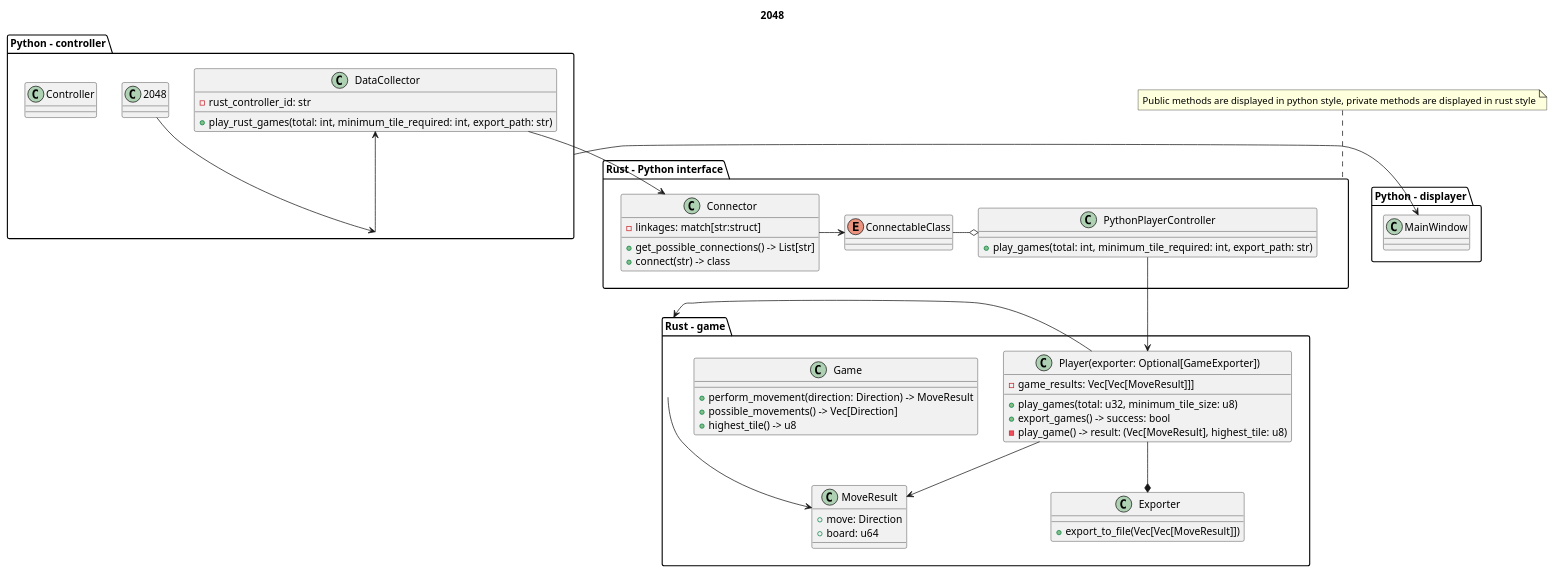
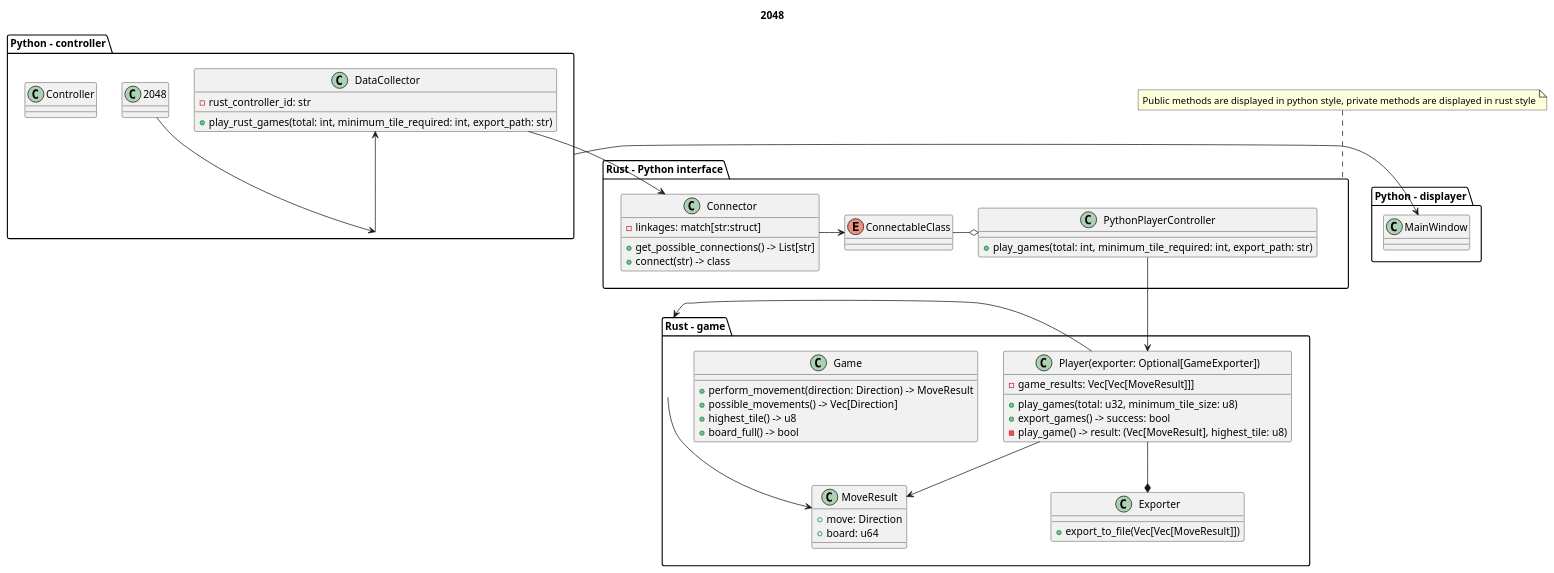
One commit to LuukHenk/2048-Solver changed the diagram in docs/design.puml. Above: the diagram before and after it, drawn with PlantUML. The commit also changed 18 other files, not shown here.

Commit message:
added empty player + added board_full function to the game

```diff
--- a/docs/design.puml
+++ b/docs/design.puml
@@ -1,79 +1,80 @@
 @startuml 2048
 
 title 2048
 
 package rust_game as "Rust - game" {
 
     class rust_move_result as "MoveResult" {
         + move: Direction
         + board: u64
     }
     class rust_player as "Player(exporter: Optional[GameExporter])" {
         + play_games(total: u32, minimum_tile_size: u8)
         + export_games() -> success: bool
         - play_game() -> result: (Vec[MoveResult], highest_tile: u8)
         - game_results: Vec[Vec[MoveResult]]]
     }
     class rust_game as "Game" {
         + perform_movement(direction: Direction) -> MoveResult
         + possible_movements() -> Vec[Direction]
         + highest_tile() -> u8
+        + board_full() -> bool
     }
     class rust_exporter as "Exporter" {
         + export_to_file(Vec[Vec[MoveResult]])
     }
 
 }
 
 rust_game --> rust_move_result
 rust_player -> rust_game
 rust_player --> rust_move_result
 rust_player --* rust_exporter
 
 package rust_python as "Rust - Python interface" {
     enum connectable as "ConnectableClass"
 
     class rust_connector as "Connector" {
         + get_possible_connections() -> List[str]
         + connect(str) -> class
         - linkages: match[str:struct]
     }
 
     class rust_player_controller as "PythonPlayerController" {
         + play_games(total: int, minimum_tile_required: int, export_path: str)
     }
 }
 
 note top of rust_python
     Public methods are displayed in python style, private methods are displayed in rust style
 endnote
 
 rust_connector -> connectable
 connectable -o rust_player_controller
 rust_player_controller --> rust_player
 
 package py_controller as "Python - controller" {
     class 2048 {
     }
 
     class py_controller as "Controller" {
     }
 
     class py_data_collector as "DataCollector" {
         - rust_controller_id: str
         + play_rust_games(total: int, minimum_tile_required: int, export_path: str)
     }
 }
 
 2048 --> py_controller 
 py_controller -> py_data_collector
 py_data_collector --> rust_connector
 
 package py_displayer as "Python - displayer" {
     class py_main_window as "MainWindow" {
     }
 }
 
 py_controller -> py_main_window
 
 @enduml
```
